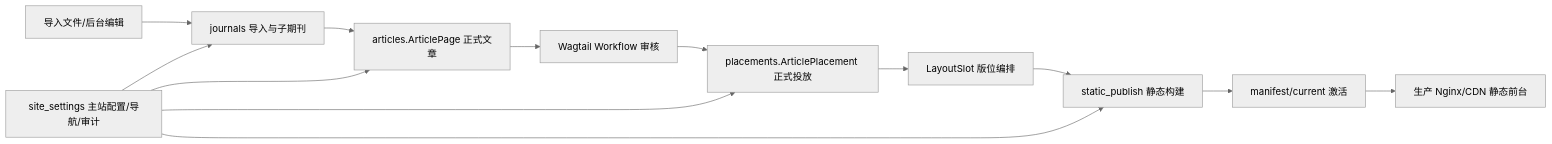
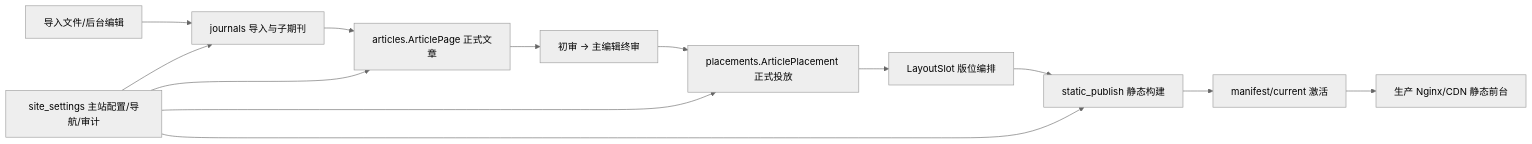
Before and after one commit to hui76386-lab/AI-Author-Forum: the diagram in docs/cms-development/01-system-architecture.zh-CN.md, drawn with Mermaid (neutral theme). The commit also changed other lines of this file and 214 other files, not shown here.

````diff
--- a/docs/cms-development/01-system-architecture.zh-CN.md
+++ b/docs/cms-development/01-system-architecture.zh-CN.md
@@ -7,15 +7,15 @@
 ```mermaid
 flowchart LR
     A[导入文件/后台编辑] --> B[journals 导入与子期刊]
     B --> C[articles.ArticlePage 正式文章]
-    C --> D[Wagtail Workflow 审核]
+    C --> D[初审 -> 主编辑终审]
     D --> E[placements.ArticlePlacement 正式投放]
     E --> F[LayoutSlot 版位编排]
     F --> G[static_publish 静态构建]
     G --> H[manifest/current 激活]
     H --> I[生产 Nginx/CDN 静态前台]
     J[site_settings 主站配置/导航/审计] --> B
     J --> C
     J --> E
     J --> G
 ```
````
